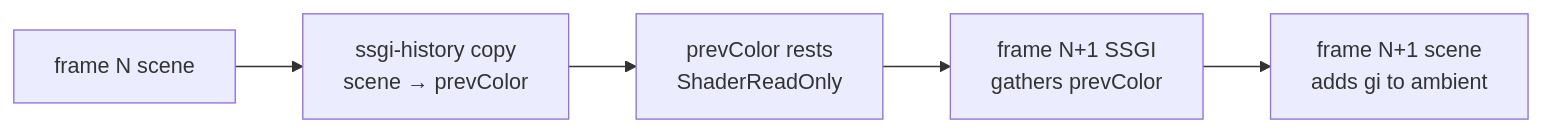
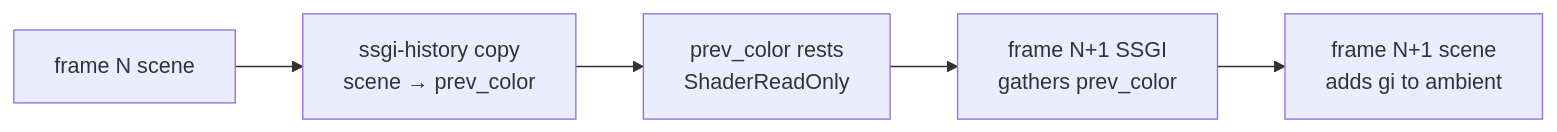
The diagram in docs/content/explanations/screen-space-and-post/ssgi.md (saffronjam/saffron-anima), drawn with Mermaid before and after one commit. The commit also changed other lines of this file and 20 other files, not shown here.

````diff
--- a/docs/content/explanations/screen-space-and-post/ssgi.md
+++ b/docs/content/explanations/screen-space-and-post/ssgi.md
@@ -95,7 +96,7 @@
 ```mermaid
 flowchart LR
-    A[frame N scene] --> B[ssgi-history copy<br/>scene → prevColor]
-    B --> C[prevColor rests<br/>ShaderReadOnly]
-    C --> D[frame N+1 SSGI<br/>gathers prevColor]
+    A[frame N scene] --> B[ssgi-history copy<br/>scene → prev_color]
+    B --> C[prev_color rests<br/>ShaderReadOnly]
+    C --> D[frame N+1 SSGI<br/>gathers prev_color]
     D --> E[frame N+1 scene<br/>adds gi to ambient]
 ```
````
